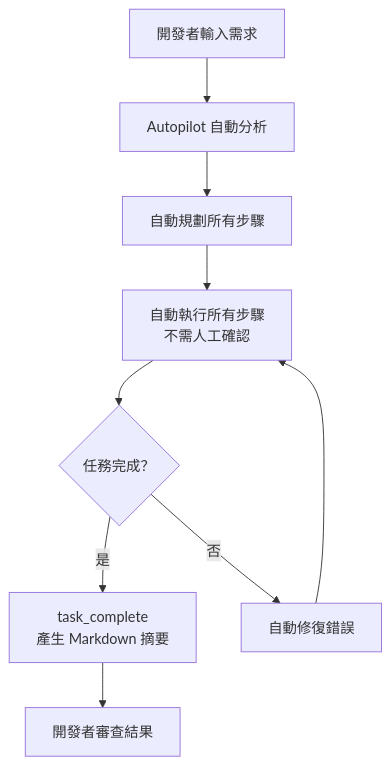
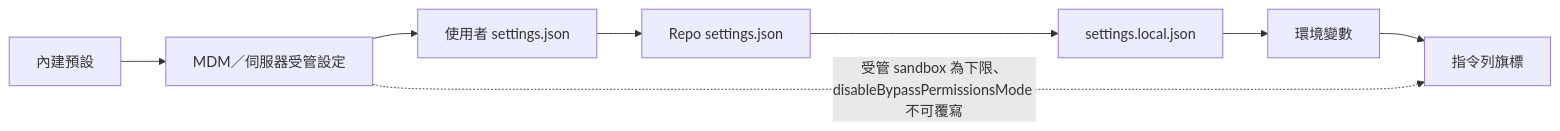
Before and after one commit to chihhung/Blog: the third of 8 diagrams in content/posts/教學/AI開發/Copilot CLI教學手冊.md, drawn with Mermaid. The commit also changed other lines of this file and 1 other file, not shown here.

````diff
--- a/content/posts/教學/AI開發/Copilot CLI教學手冊.md
+++ b/content/posts/教學/AI開發/Copilot CLI教學手冊.md
@@ -380,11 +611,10 @@
 ```mermaid
-graph TD
-    A[開發者輸入需求] --> B[Autopilot 自動分析]
-    B --> C[自動規劃所有步驟]
-    C --> D[自動執行所有步驟<br/>不需人工確認]
-    D --> E{任務完成？}
-    E -->|是| F[task_complete<br/>產生 Markdown 摘要]
-    E -->|否| G[自動修復錯誤]
-    G --> D
-    F --> H[開發者審查結果]
+flowchart LR
+    A[內建預設] --> B[MDM／伺服器受管設定]
+    B --> C[使用者 settings.json]
+    C --> D[Repo settings.json]
+    D --> E[settings.local.json]
+    E --> F[環境變數]
+    F --> G[指令列旗標]
+    B -. 受管 sandbox 為下限、disableBypassPermissionsMode 不可覆寫 .-> G
 ```
````
